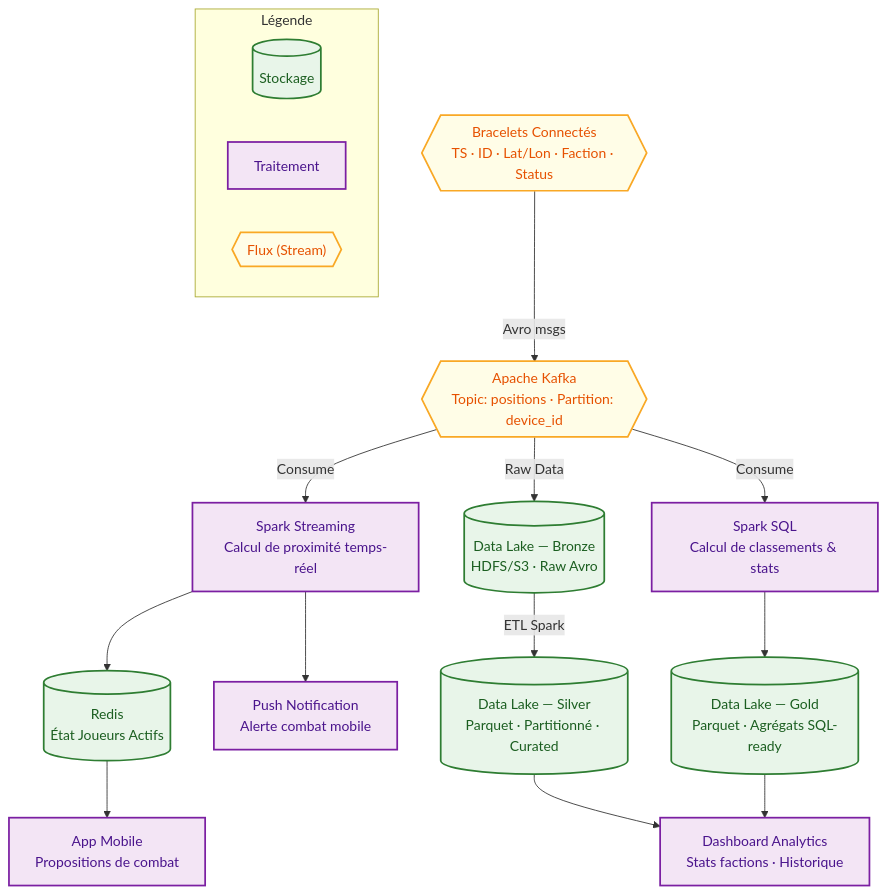
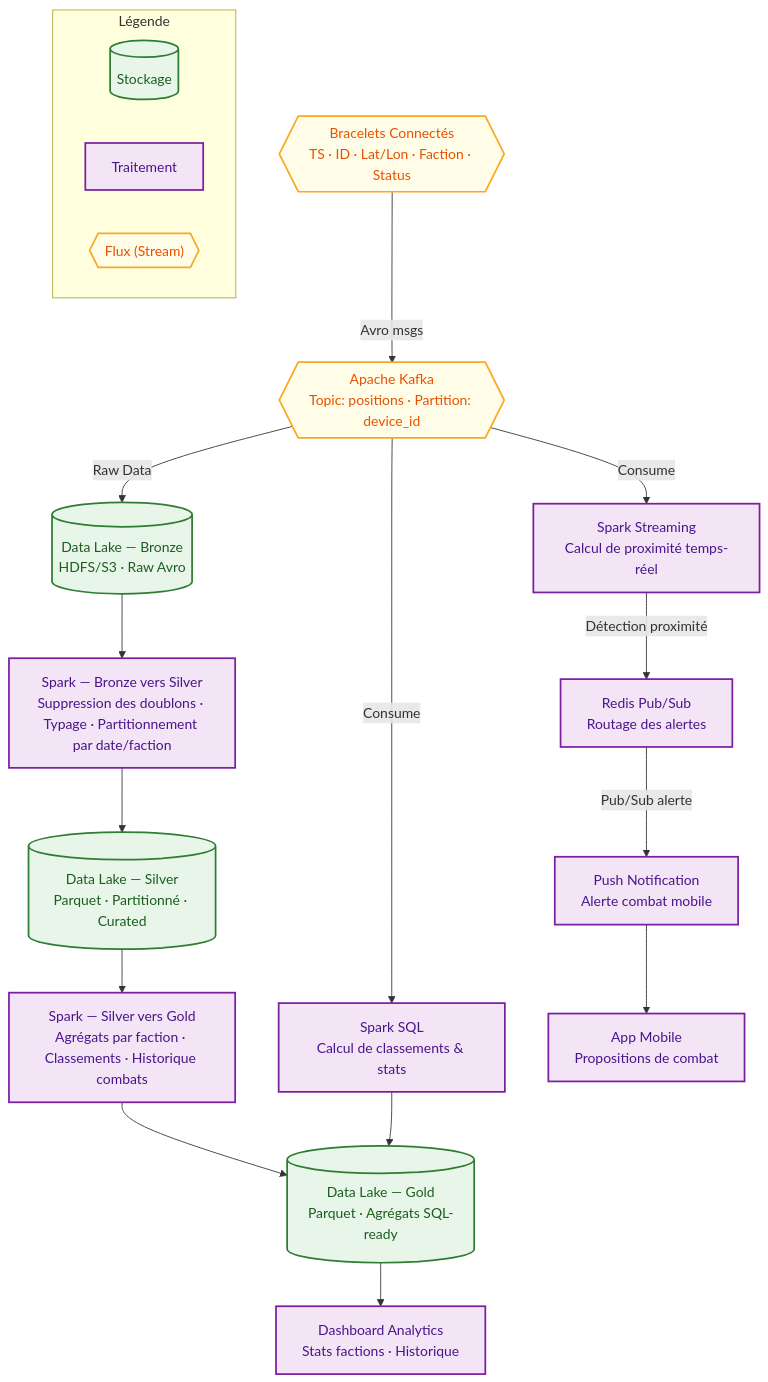
Before and after one commit to ZeldaTwo/IDEProject: the diagram in README.md, drawn with Mermaid.

Commit message:
fix: architecture changed based on teacher feedback.

````diff
--- a/README.md
+++ b/README.md
@@ -55,36 +55,40 @@
 ```mermaid
 flowchart TD
     subgraph Legende [Légende]
         S[(Stockage)]:::storage
         P[Traitement]:::process
         ST{{"Flux (Stream)"}}:::stream
     end
 
     IoT{{"Bracelets Connectés\nTS · ID · Lat/Lon · Faction · Status"}}:::stream
     Kafka{{"Apache Kafka\nTopic: positions · Partition: device_id"}}:::stream
     SS["Spark Streaming\nCalcul de proximité temps-réel"]:::process
+    ETL1["Spark — Bronze vers Silver\nSuppression des doublons · Typage · Partitionnement par date/faction"]:::process
+    ETL2["Spark — Silver vers Gold\nAgrégats par faction · Classements · Historique combats"]:::process
     SB["Spark SQL\nCalcul de classements & stats"]:::process
     Bronze[("Data Lake — Bronze\nHDFS/S3 · Raw Avro")]:::storage
     Silver[("Data Lake — Silver\nParquet · Partitionné · Curated")]:::storage
     Gold[("Data Lake — Gold\nParquet · Agrégats SQL-ready")]:::storage
-    Redis[("Redis\nÉtat Joueurs Actifs")]:::storage
+    Redis["Redis Pub/Sub\nRoutage des alertes"]:::process
     Push["Push Notification\nAlerte combat mobile"]:::process
     Mobile["App Mobile\nPropositions de combat"]:::process
     Dashboard["Dashboard Analytics\nStats factions · Historique"]:::process
 
     IoT -->|Avro msgs| Kafka
     Kafka -->|Consume| SS
     Kafka -->|Raw Data| Bronze
     Kafka -->|Consume| SB
-    SS --> Redis
-    SS --> Push
-    Bronze -->|ETL Spark| Silver
-    Silver --> Dashboard
+    SS -->|Détection proximité| Redis
+    Redis -->|Pub/Sub alerte| Push
+    Push --> Mobile
+    Bronze --> ETL1
+    ETL1 --> Silver
+    Silver --> ETL2
+    ETL2 --> Gold
     SB --> Gold
     Gold --> Dashboard
-    Redis --> Mobile
 
     classDef storage fill:#e8f5e9,stroke:#2e7d32,stroke-width:2px,color:#1b5e20
     classDef process fill:#f3e5f5,stroke:#7b1fa2,stroke-width:2px,color:#4a148c
     classDef stream fill:#fffde7,stroke:#f9a825,stroke-width:2px,color:#e65100
 ```
````
